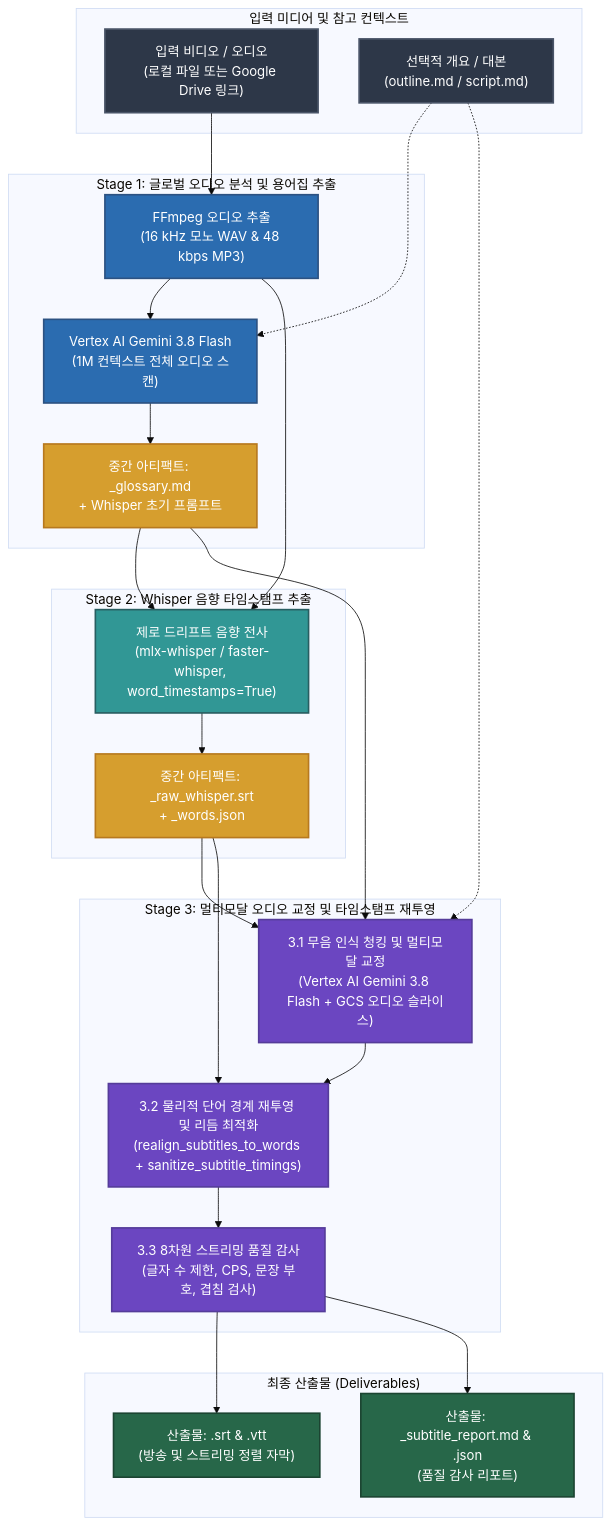
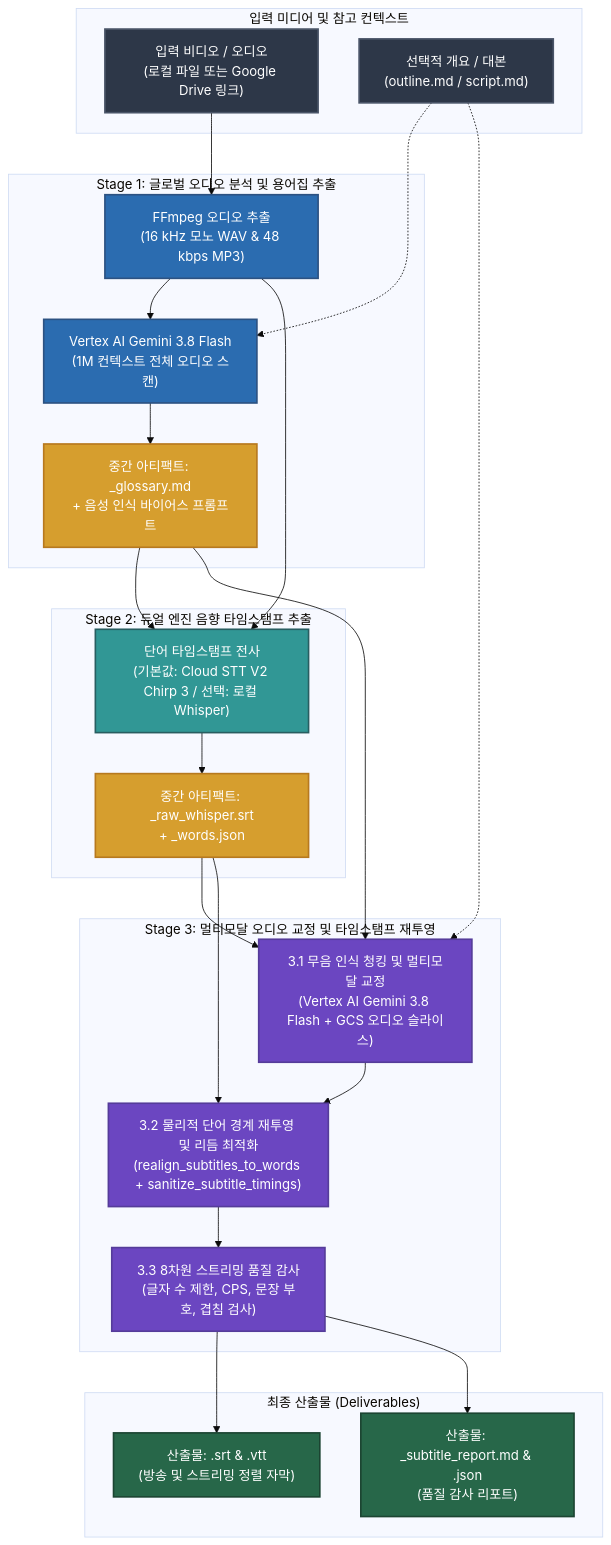
The diagram in README.ko.md (sylphlin/subtitle-craft), drawn with Mermaid (base theme) before and after one commit. The commit also changed other lines of this file and 17 other files, not shown here.

First line of the commit message:
feat(asr): adopt Cloud STT V2 Chirp 3 as default Stage 2 engine with optional Whisper

````diff
--- a/README.ko.md
+++ b/README.ko.md
@@ -46,52 +49,52 @@
 ```mermaid
 flowchart TD
     classDef inputStyle fill:#2D3748,stroke:#4A5568,stroke-width:2px,color:#fff;
     classDef stage1Style fill:#2B6CB0,stroke:#2C5282,stroke-width:2px,color:#fff;
     classDef stage2Style fill:#319795,stroke:#285E61,stroke-width:2px,color:#fff;
     classDef stage3Style fill:#6B46C1,stroke:#553C9A,stroke-width:2px,color:#fff;
     classDef artifactStyle fill:#D69E2E,stroke:#B7791F,stroke-width:2px,color:#fff;
     classDef outputStyle fill:#276749,stroke:#1C4532,stroke-width:2px,color:#fff;
 
     subgraph Inputs["입력 미디어 및 참고 컨텍스트"]
         IN["입력 비디오 / 오디오<br/>(로컬 파일 또는 Google Drive 링크)"]:::inputStyle
         REF["선택적 개요 / 대본<br/>(outline.md / script.md)"]:::inputStyle
     end
 
     subgraph Stage1["Stage 1: 글로벌 오디오 분석 및 용어집 추출"]
         S0["FFmpeg 오디오 추출<br/>(16 kHz 모노 WAV & 48 kbps MP3)"]:::stage1Style
         S1["Vertex AI Gemini 3.8 Flash<br/>(1M 컨텍스트 전체 오디오 스캔)"]:::stage1Style
-        GL["중간 아티팩트: <basename>_glossary.md<br/>+ Whisper 초기 프롬프트"]:::artifactStyle
+        GL["중간 아티팩트: <basename>_glossary.md<br/>+ 음성 인식 바이어스 프롬프트"]:::artifactStyle
     end
 
-    subgraph Stage2["Stage 2: Whisper 음향 타임스탬프 추출"]
-        S2["제로 드리프트 음향 전사<br/>(mlx-whisper / faster-whisper, word_timestamps=True)"]:::stage2Style
+    subgraph Stage2["Stage 2: 듀얼 엔진 음향 타임스탬프 추출"]
+        S2["단어 타임스탬프 전사<br/>(기본값: Cloud STT V2 Chirp 3 / 선택: 로컬 Whisper)"]:::stage2Style
         WD["중간 아티팩트: <basename>_raw_whisper.srt<br/>+ <basename>_words.json"]:::artifactStyle
     end
 
     subgraph Stage3["Stage 3: 멀티모달 오디오 교정 및 타임스탬프 재투영"]
         S3_1["3.1 무음 인식 청킹 및 멀티모달 교정<br/>(Vertex AI Gemini 3.8 Flash + GCS 오디오 슬라이스)"]:::stage3Style
         S3_2["3.2 물리적 단어 경계 재투영 및 리듬 최적화<br/>(realign_subtitles_to_words + sanitize_subtitle_timings)"]:::stage3Style
         S3_3["3.3 8차원 스트리밍 품질 감사<br/>(글자 수 제한, CPS, 문장 부호, 겹침 검사)"]:::stage3Style
     end
 
     subgraph Deliverables["최종 산출물 (Deliverables)"]
         OUT_SUB["산출물: <basename>.srt & <basename>.vtt<br/>(방송 및 스트리밍 정렬 자막)"]:::outputStyle
         OUT_REP["산출물: <basename>_subtitle_report.md & .json<br/>(품질 감사 리포트)"]:::outputStyle
     end
 
     IN --> S0
     S0 --> S1
     REF -.-> S1
     S1 --> GL
     S0 --> S2
     GL --> S2
     S2 --> WD
     WD --> S3_1
     GL --> S3_1
     REF -.-> S3_1
     S3_1 --> S3_2
     WD --> S3_2
     S3_2 --> S3_3
     S3_3 --> OUT_SUB
     S3_3 --> OUT_REP
 ```
````
